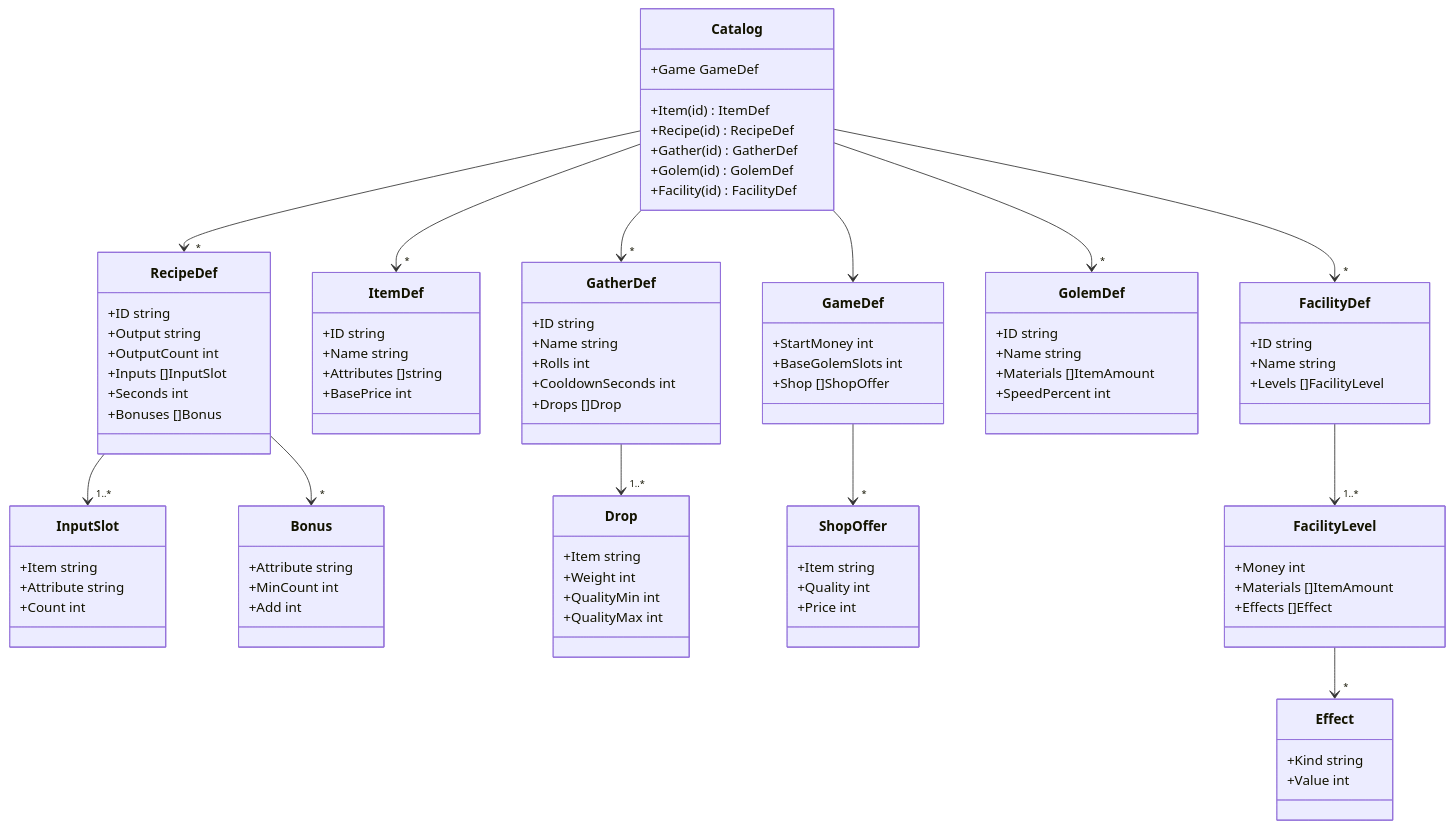
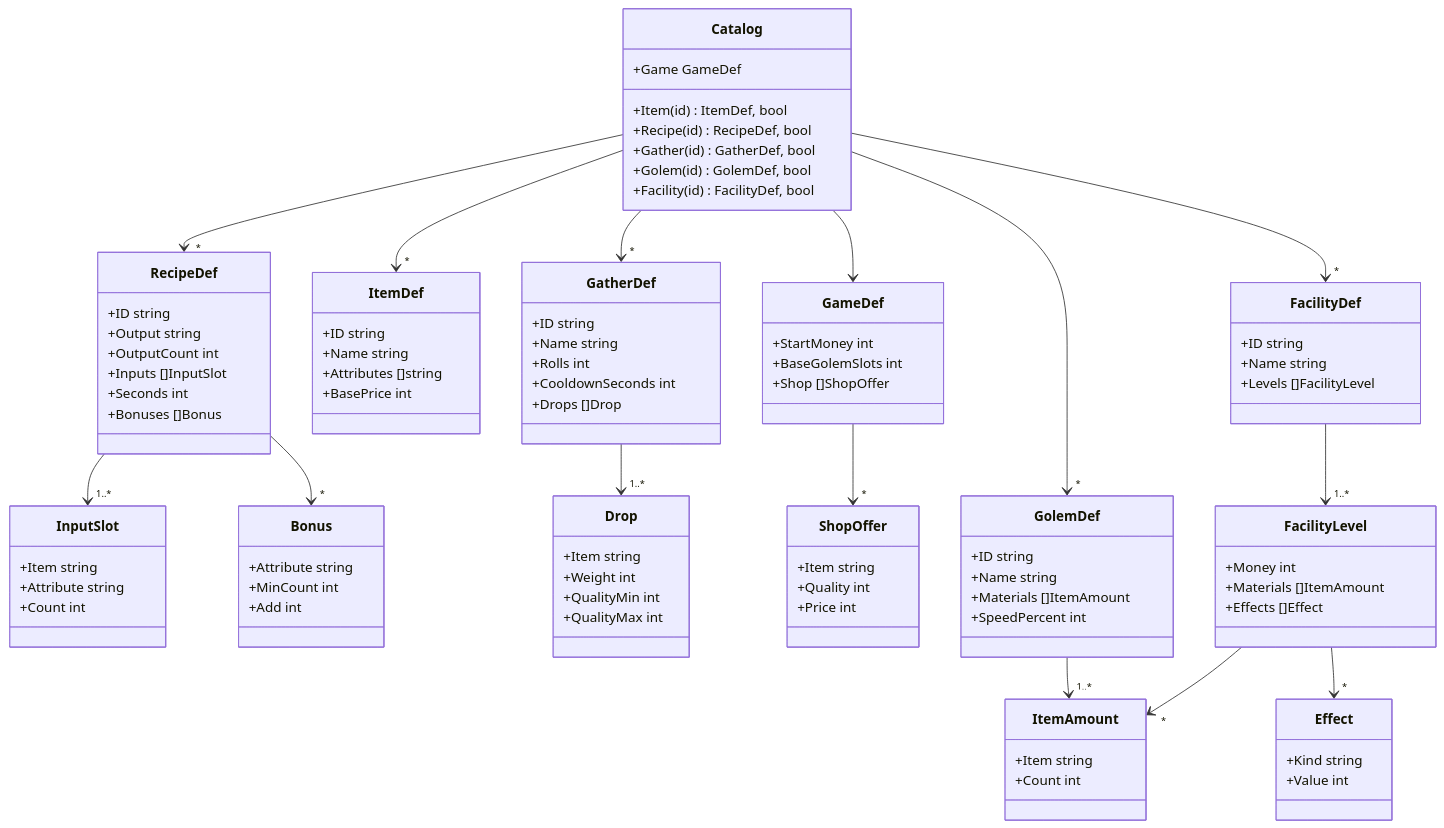
One commit to sakana396/fushigi_renkin changed the second of 6 diagrams in docs/03_design/design-it01.md. Above: the diagram before and after it, drawn with Mermaid. The commit also changed other lines of this file and 2 other files, not shown here.

Commit message:
docs: 設計書 v0.2 (目録の検索の戻り値、ItemAmount) とレビュー記録 REV-003

````diff
--- a/docs/03_design/design-it01.md
+++ b/docs/03_design/design-it01.md
@@ -52,11 +52,11 @@
 classDiagram
   class Catalog {
     +Game GameDef
-    +Item(id) ItemDef
-    +Recipe(id) RecipeDef
-    +Gather(id) GatherDef
-    +Golem(id) GolemDef
-    +Facility(id) FacilityDef
+    +Item(id) ItemDef, bool
+    +Recipe(id) RecipeDef, bool
+    +Gather(id) GatherDef, bool
+    +Golem(id) GolemDef, bool
+    +Facility(id) FacilityDef, bool
   }
   class GameDef {
     +StartMoney int
@@ -125,6 +125,10 @@
     +Kind string
     +Value int
   }
+  class ItemAmount {
+    +Item string
+    +Count int
+  }
   Catalog --> GameDef
   Catalog --> "*" ItemDef
   Catalog --> "*" RecipeDef
@@ -137,4 +141,6 @@
   GatherDef --> "1..*" Drop
   FacilityDef --> "1..*" FacilityLevel
   FacilityLevel --> "*" Effect
+  GolemDef --> "1..*" ItemAmount
+  FacilityLevel --> "*" ItemAmount
 ```
````
